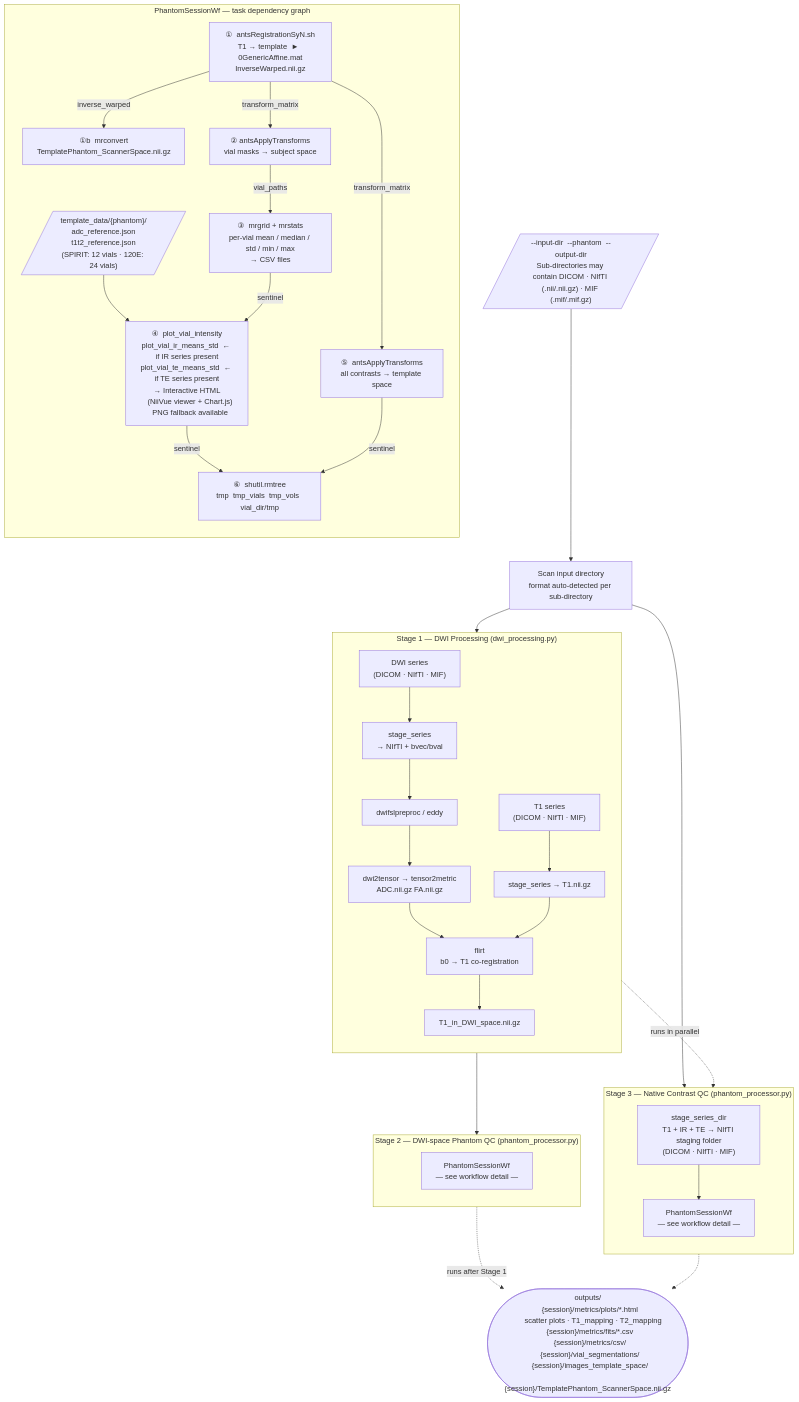
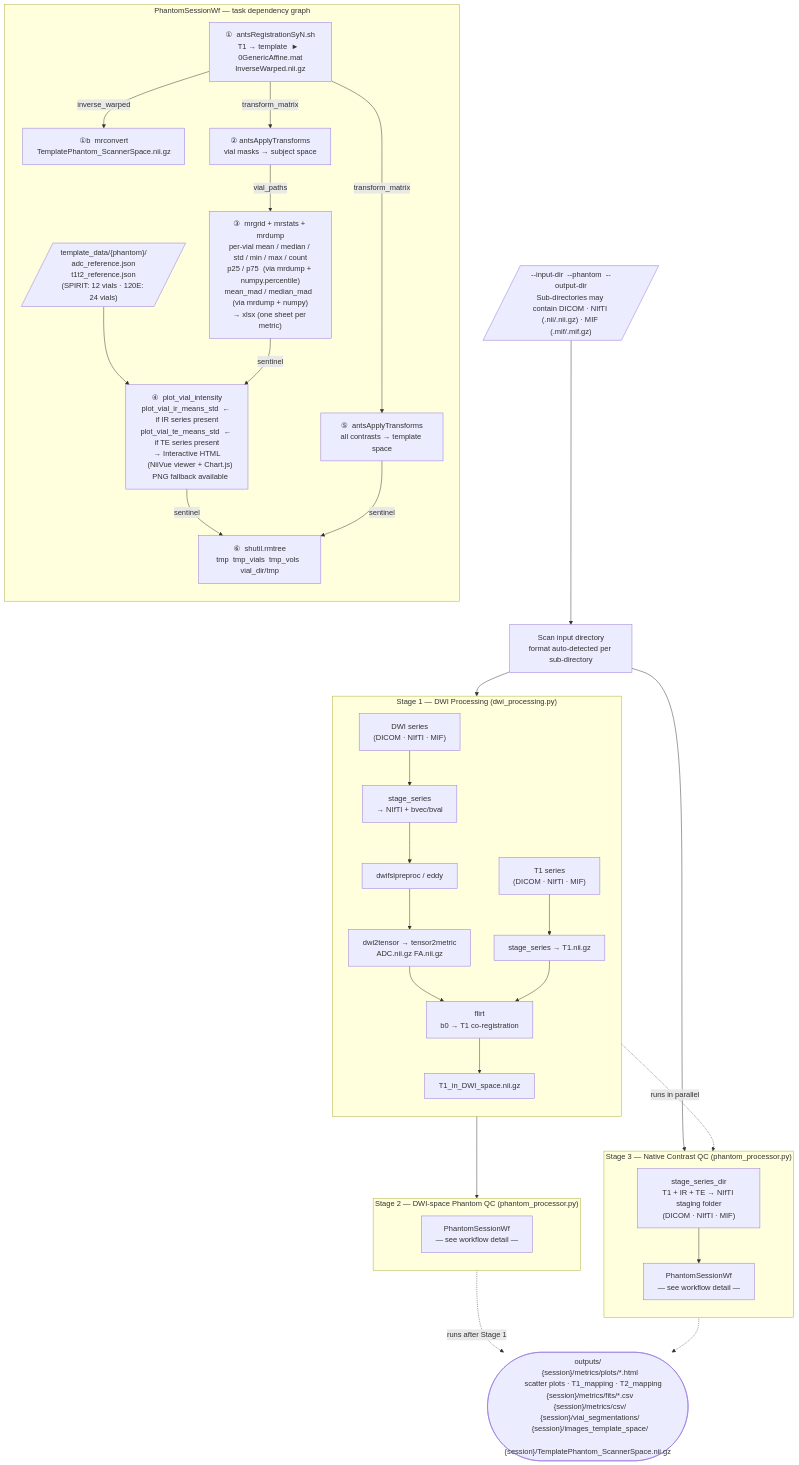
Before and after one commit to Australian-Imaging-Service/phantomkit: the diagram in phantomkit/flowchart.md, drawn with Mermaid. The commit also changed 8 other files, not shown here.

Commit message:
improved user functionality (mean/median, errorbar options), condensed outputs, figure legends

````diff
--- a/phantomkit/flowchart.md
+++ b/phantomkit/flowchart.md
@@ -1,55 +1,55 @@
 ```mermaid
 flowchart TD
     INPUT[/"--input-dir  --phantom  --output-dir<br/>Sub-directories may contain DICOM · NIfTI (.nii/.nii.gz) · MIF (.mif/.mif.gz)"/]
 
     INPUT --> SCAN["Scan input directory<br/>format auto-detected per sub-directory"]
     SCAN --> S1
     SCAN --> S3
 
     subgraph S1["Stage 1 — DWI Processing (dwi_processing.py)"]
         direction TB
         DWI_IN["DWI series<br/>(DICOM · NIfTI · MIF)"] --> STAGE1["stage_series<br/>→ NIfTI + bvec/bval"]
         T1_IN["T1 series<br/>(DICOM · NIfTI · MIF)"] --> STAGE1T1["stage_series → T1.nii.gz"]
         STAGE1 --> PREPROC[dwifslpreproc / eddy]
         PREPROC --> TENSOR["dwi2tensor → tensor2metric<br/>ADC.nii.gz  FA.nii.gz"]
         TENSOR --> FLIRT["flirt<br/>b0 → T1 co-registration"]
         STAGE1T1 --> FLIRT
         FLIRT --> T1DWI[T1_in_DWI_space.nii.gz]
     end
 
     subgraph S3["Stage 3 — Native Contrast QC (phantom_processor.py)"]
         direction TB
         STAGE3["stage_series_dir<br/>T1 + IR + TE → NIfTI staging folder<br/>(DICOM · NIfTI · MIF)"]
         STAGE3 --> WF3["PhantomSessionWf<br/>— see workflow detail —"]
     end
 
     T1DWI --> S2
 
     subgraph S2["Stage 2 — DWI-space Phantom QC (phantom_processor.py)"]
         direction TB
         WF2["PhantomSessionWf<br/>— see workflow detail —"]
     end
 
     subgraph WF["PhantomSessionWf — task dependency graph"]
         direction TB
         REG["①  antsRegistrationSyN.sh<br/>T1 → template  ►  0GenericAffine.mat<br/>InverseWarped.nii.gz"]
 
         REG -->|inverse_warped| SAVE["①b  mrconvert<br/>TemplatePhantom_ScannerSpace.nii.gz"]
         REG -->|transform_matrix| VIALS["②  antsApplyTransforms<br/>vial masks → subject space"]
         REG -->|transform_matrix| FWDXFM["⑤  antsApplyTransforms<br/>all contrasts → template space"]
 
-        VIALS -->|vial_paths| METRICS["③  mrgrid + mrstats<br/>per-vial mean / median / std / min / max<br/>→ CSV files"]
+        VIALS -->|vial_paths| METRICS["③  mrgrid + mrstats + mrdump<br/>per-vial mean / median / std / min / max / count<br/>p25 / p75  (via mrdump + numpy.percentile)<br/>mean_mad / median_mad  (via mrdump + numpy)<br/>→ xlsx (one sheet per metric)"]
         REFDATA[/"template_data/{phantom}/<br/>adc_reference.json<br/>t1t2_reference.json<br/>(SPIRIT: 12 vials · 120E: 24 vials)"/]
         REFDATA --> PLOTS
         METRICS -->|sentinel| PLOTS["④  plot_vial_intensity<br/>plot_vial_ir_means_std  ← if IR series present<br/>plot_vial_te_means_std  ← if TE series present<br/>→ Interactive HTML<br/>   (NiiVue viewer + Chart.js)<br/>   PNG fallback available"]
 
         PLOTS -->|sentinel| CLEANUP["⑥  shutil.rmtree<br/>tmp  tmp_vials  tmp_vols  vial_dir/tmp"]
         FWDXFM -->|sentinel| CLEANUP
     end
 
     S1 -.->|"runs in parallel"| S3
     S2 -.->|"runs after Stage 1"| DONE
     S3 -.-> DONE
 
     DONE(["outputs/<br/>  {session}/metrics/plots/*.html<br/>     scatter plots · T1_mapping · T2_mapping<br/>  {session}/metrics/fits/*.csv<br/>  {session}/metrics/csv/<br/>  {session}/vial_segmentations/<br/>  {session}/images_template_space/<br/>  {session}/TemplatePhantom_ScannerSpace.nii.gz"])
 ```
````
